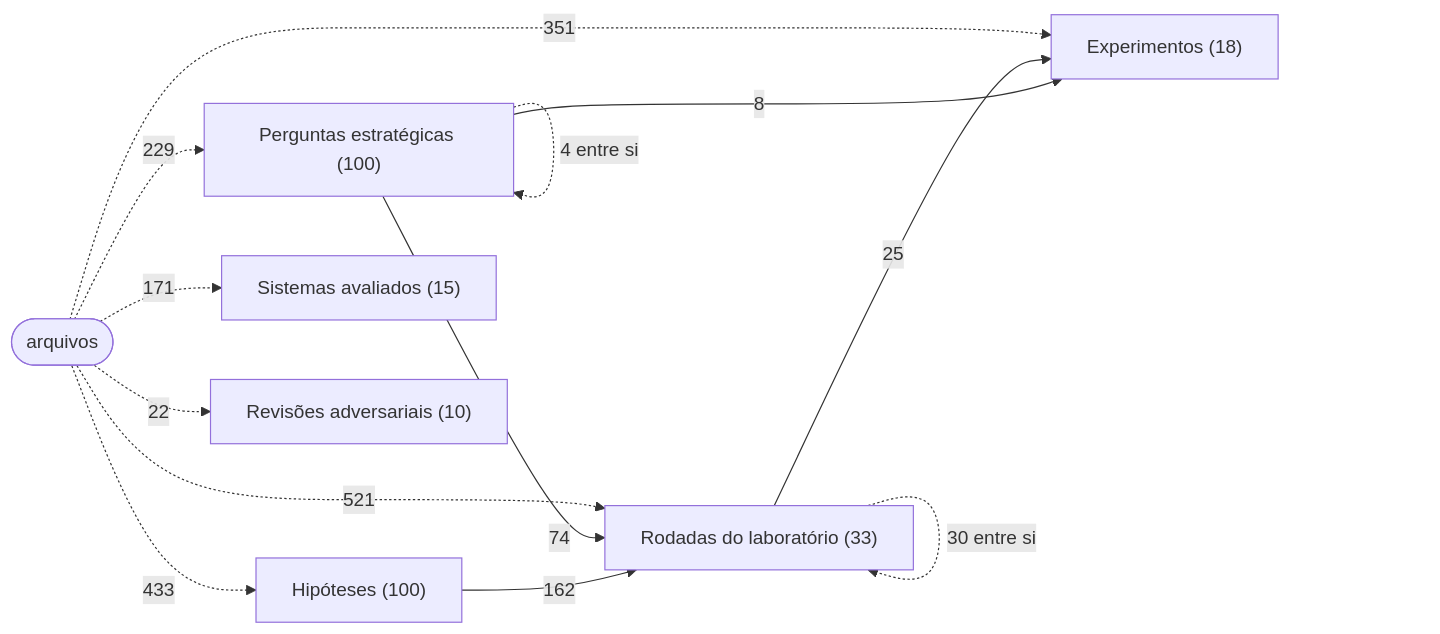
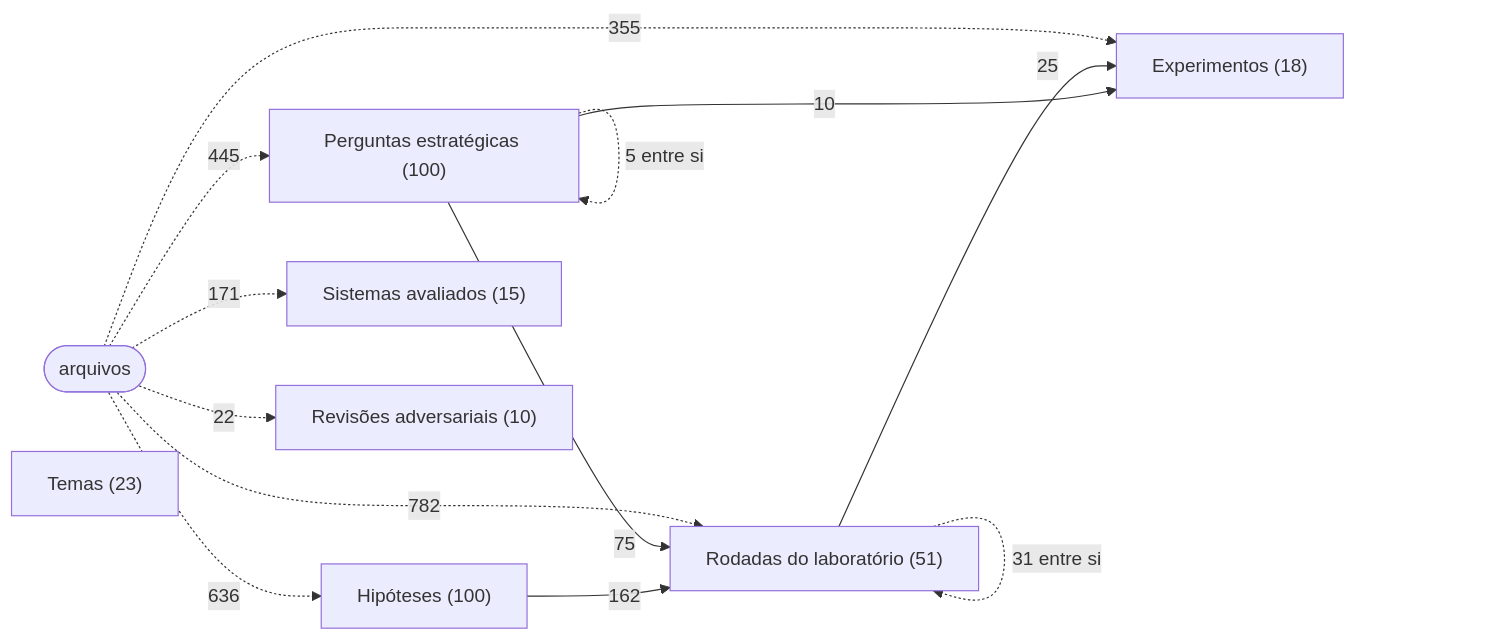
The first of 3 diagrams in MAPA.md (igormorais123/JEV), drawn with Mermaid before and after one commit. The commit also changed other lines of this file and 44 other files, not shown here.

First line of the commit message:
docs: mapa com semelhança julgada pelo Jev, temas, e as rodadas R28 a R45 registradas

````diff
--- a/MAPA.md
+++ b/MAPA.md
@@ -59,22 +61,23 @@
 ```mermaid
 flowchart LR
   ARQ(["arquivos"])
   E["Experimentos (18)"]
-  R["Rodadas do laboratório (33)"]
+  R["Rodadas do laboratório (51)"]
   H["Hipóteses (100)"]
   Q["Perguntas estratégicas (100)"]
   S["Sistemas avaliados (15)"]
   V["Revisões adversariais (10)"]
+  T["Temas (23)"]
   H -->|162| R
-  Q -->|8| E
-  Q -.->|4 entre si| Q
-  Q -->|74| R
+  Q -->|10| E
+  Q -.->|5 entre si| Q
+  Q -->|75| R
   R -->|25| E
-  R -.->|30 entre si| R
-  ARQ -.->|351| E
-  ARQ -.->|433| H
-  ARQ -.->|229| Q
-  ARQ -.->|521| R
+  R -.->|31 entre si| R
+  ARQ -.->|355| E
+  ARQ -.->|636| H
+  ARQ -.->|445| Q
+  ARQ -.->|782| R
   ARQ -.->|171| S
   ARQ -.->|22| V
 ```
````
